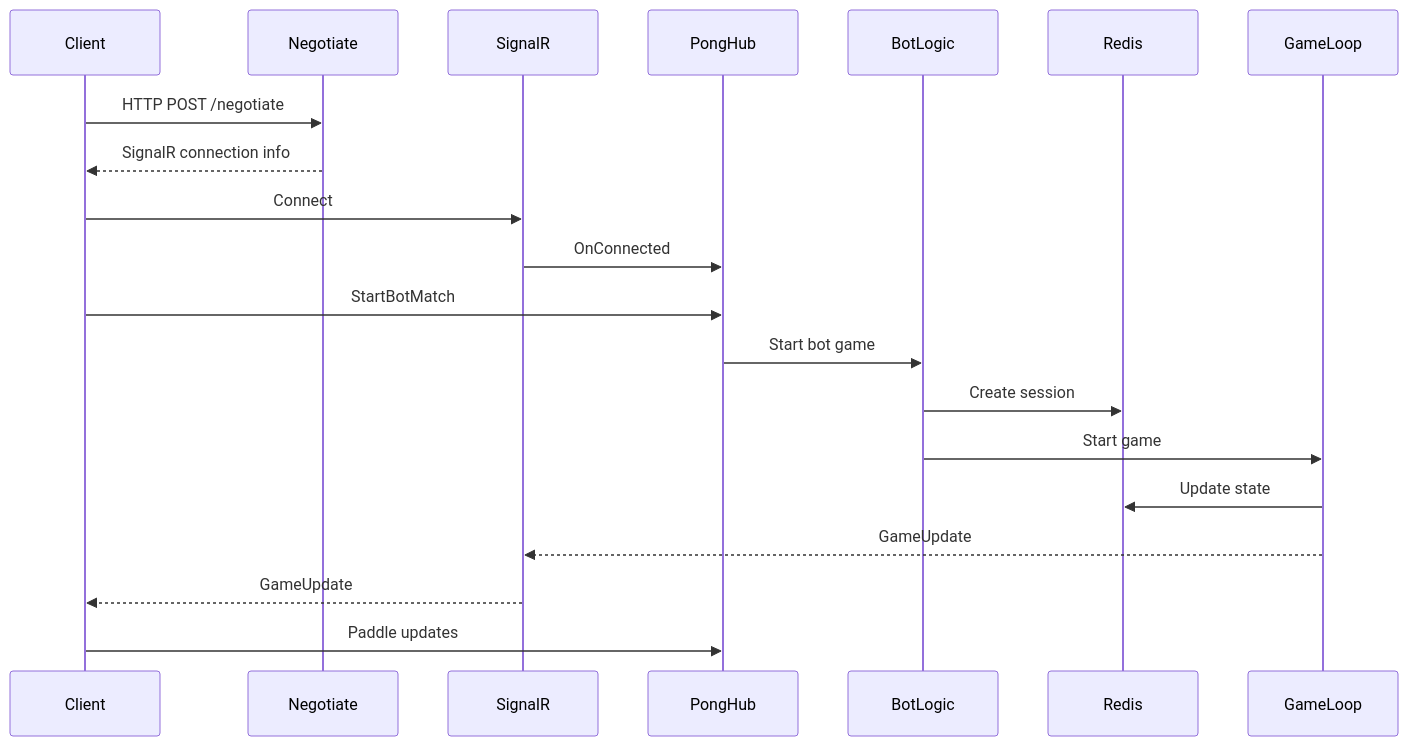
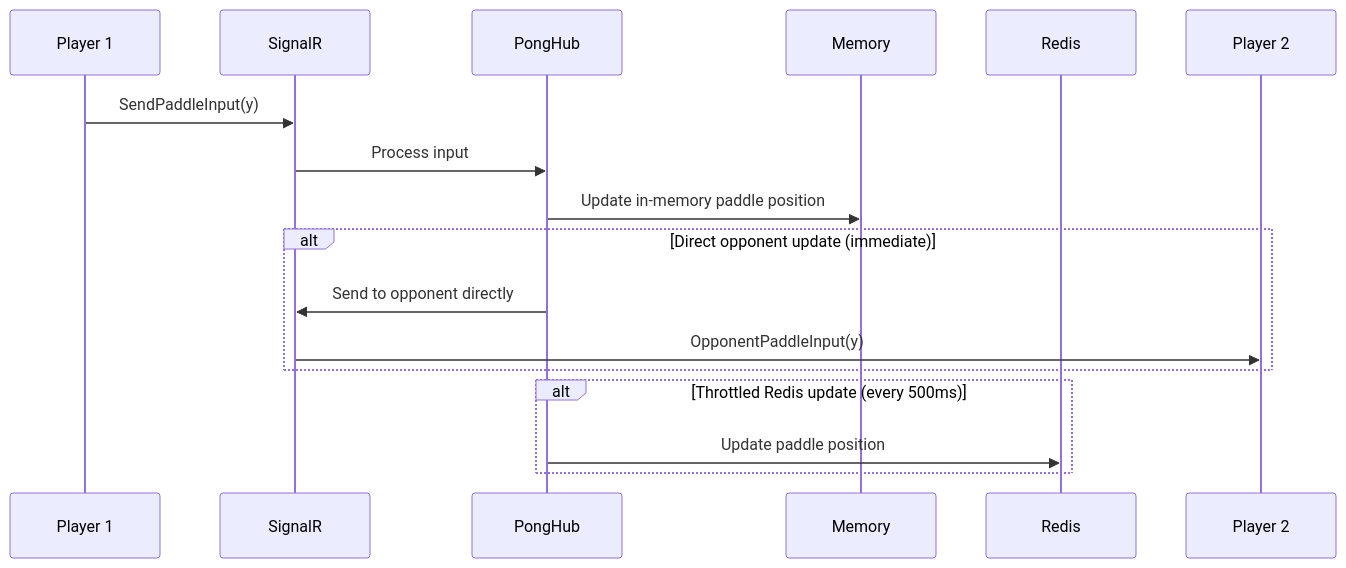
Before and after one commit to rmoreirao/AzureOnlinePongGame: the third of 4 diagrams in SYSTEM_DESIGN.md, drawn with Mermaid. The commit also changed other lines of this file and 7 other files, not shown here.

Commit message:
feat: Optimize paddle updates and session management with in-memory caching and reduced Redis writes

````diff
--- a/SYSTEM_DESIGN.md
+++ b/SYSTEM_DESIGN.md
@@ -130,21 +161,23 @@
 ```mermaid
 sequenceDiagram
-    participant Client
-    participant Negotiate
+    participant Client1 as Player 1
     participant SignalR
     participant PongHub
-    participant BotLogic
+    participant Memory
     participant Redis
-    Client->>Negotiate: HTTP POST /negotiate
-    Negotiate-->>Client: SignalR connection info
-    Client->>SignalR: Connect
-    SignalR->>PongHub: OnConnected
-    Client->>PongHub: StartBotMatch
-    PongHub->>BotLogic: Start bot game
-    BotLogic->>Redis: Create session
-    BotLogic->>GameLoop: Start game
-    GameLoop->>Redis: Update state
-    GameLoop-->>SignalR: GameUpdate
-    SignalR-->>Client: GameUpdate
-    Client->>PongHub: Paddle updates
+    participant Client2 as Player 2
+    
+    Client1->>SignalR: SendPaddleInput(y)
+    SignalR->>PongHub: Process input
+    
+    PongHub->>Memory: Update in-memory paddle position
+    
+    alt Direct opponent update (immediate)
+        PongHub->>SignalR: Send to opponent directly
+        SignalR->>Client2: OpponentPaddleInput(y)
+    end
+    
+    alt Throttled Redis update (every 500ms)
+        PongHub->>Redis: Update paddle position
+    end
 ```
````
